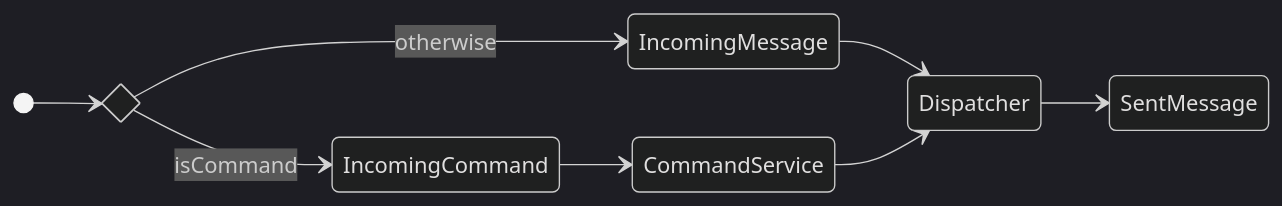
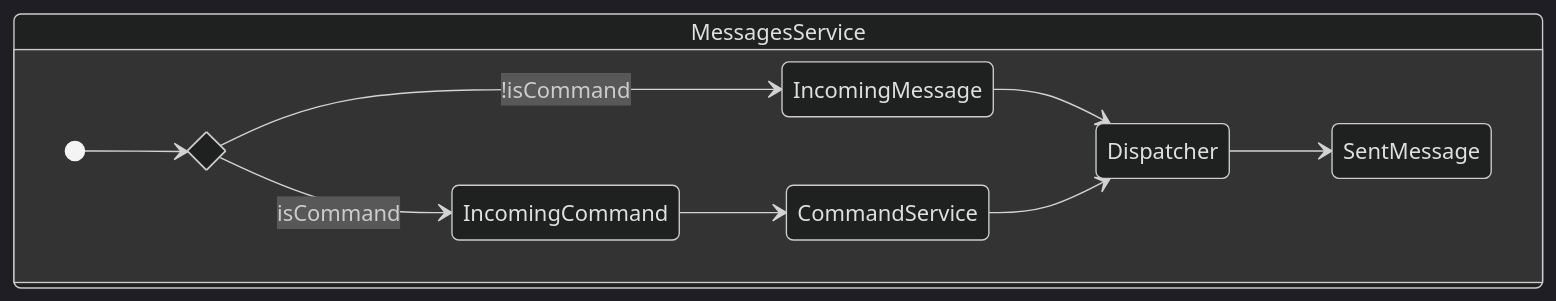
The first of 2 diagrams in services/api/architecture.md (jbrunton/chat-demo), drawn with Mermaid (dark theme) before and after one commit. The commit also changed other lines of this file, not shown here.

````diff
--- a/services/api/architecture.md
+++ b/services/api/architecture.md
@@ -30,12 +24,14 @@
 ```mermaid
 stateDiagram
+  state MessagesService {
   direction LR
-  state if_state <<choice>>
-  [*] --> if_state
-  if_state --> IncomingCommand: isCommand
-  if_state --> IncomingMessage: otherwise
-  IncomingMessage --> Dispatcher
-  Dispatcher --> SentMessage
-  IncomingCommand --> CommandService
-  CommandService --> Dispatcher
+    state if_state <<choice>>
+    [*] --> if_state
+    if_state --> IncomingCommand: isCommand
+    if_state --> IncomingMessage: !isCommand
+    IncomingMessage --> Dispatcher
+    Dispatcher --> SentMessage
+    IncomingCommand --> CommandService
+    CommandService --> Dispatcher
+  }
 ```
````
